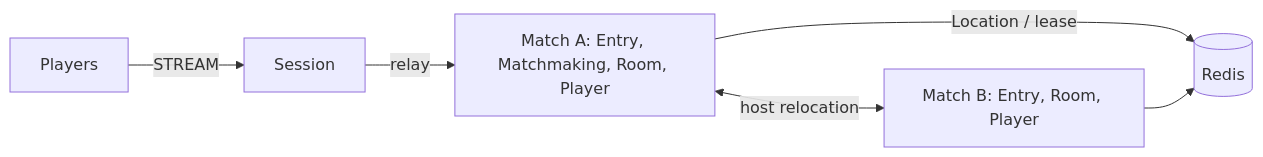
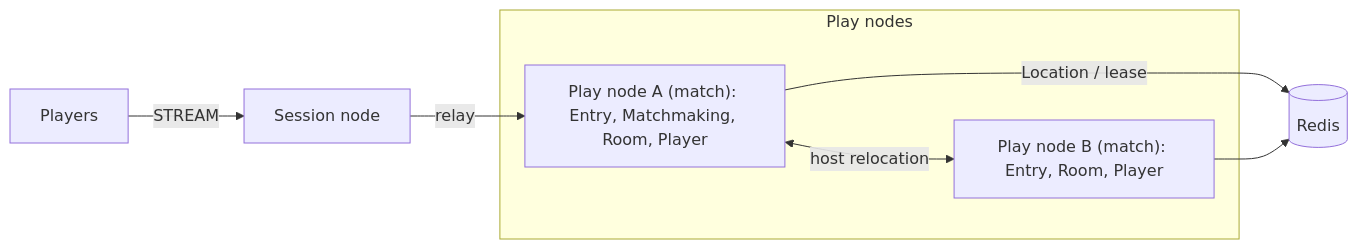
One commit to zlink-systems/zlink changed the diagram in framework/languages/dotnet/templates/fps-entry-lobby/my-game/README.md. Above: the diagram before and after it, drawn with Mermaid. The commit also changed other lines of this file and 223 other files, not shown here.

First line of the commit message:
docs(templates): 모든 템플릿의 노드 이름을 Session node · Play node · API node로 (#5350)

````diff
--- a/framework/languages/dotnet/templates/fps-entry-lobby/my-game/README.md
+++ b/framework/languages/dotnet/templates/fps-entry-lobby/my-game/README.md
@@ -5,8 +5,12 @@
 ```mermaid
 flowchart LR
-    players[Players] -->|STREAM| session[Session]
-    session -->|relay| matchA[Match A: Entry, Matchmaking, Room, Player]
+    subgraph playNodes["Play nodes"]
+      matchA["Play node A (match): Entry, Matchmaking, Room, Player"]
+      matchB["Play node B (match): Entry, Room, Player"]
+    end
+    players[Players] -->|STREAM| session["Session node"]
+    session -->|relay| matchA
     matchA -->|Location / lease| location[(Redis)]
-    matchB[Match B: Entry, Room, Player] --> location
+    matchB --> location
     matchA <-->|host relocation| matchB
 ```
````
